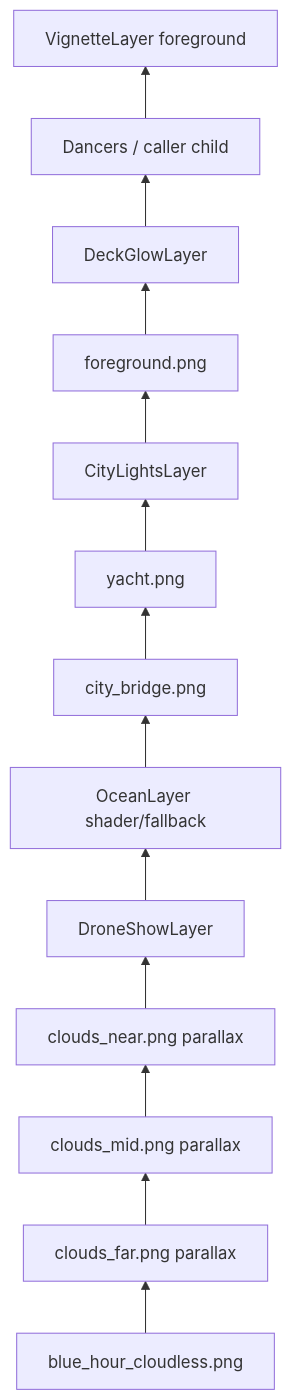
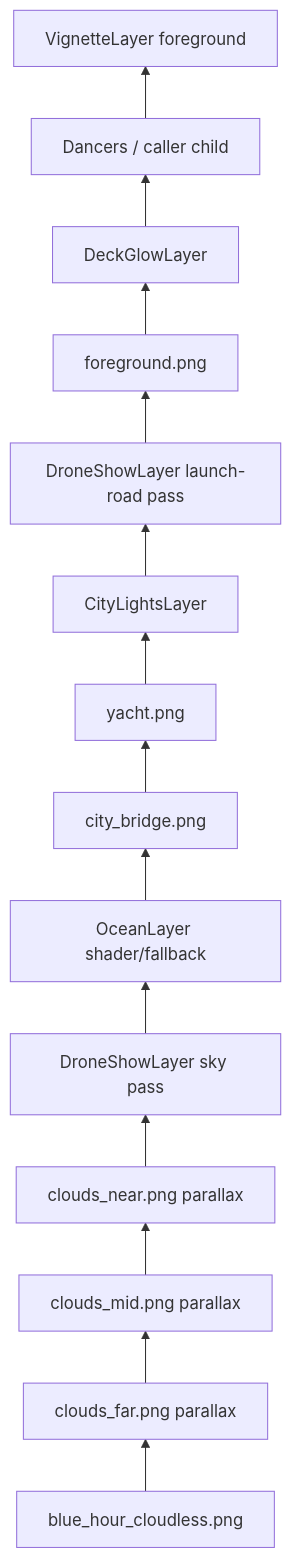
The second of 4 diagrams in lib/features/scenery/README.md (matthiasn/lotti), drawn with Mermaid before and after one commit. The commit also changed other lines of this file and 4 other files, not shown here.

Commit message:
polish(scenery): densify drone bridge launch

````diff
--- a/lib/features/scenery/README.md
+++ b/lib/features/scenery/README.md
@@ -46,18 +46,19 @@
 ```mermaid
 flowchart BT
   child[Dancers / caller child]
   vignette[VignetteLayer foreground]
   glow[DeckGlowLayer]
   fg[foreground.png]
   lights[CityLightsLayer]
+  launchDrones[DroneShowLayer launch-road pass]
   yacht[yacht.png]
   city[city_bridge.png]
   ocean[OceanLayer shader/fallback]
-  drones[DroneShowLayer]
+  skyDrones[DroneShowLayer sky pass]
   near[clouds_near.png parallax]
   mid[clouds_mid.png parallax]
   far[clouds_far.png parallax]
   base[blue_hour_cloudless.png]
 
-  base --> far --> mid --> near --> drones --> ocean --> city --> yacht --> lights --> fg --> glow --> child --> vignette
+  base --> far --> mid --> near --> skyDrones --> ocean --> city --> yacht --> lights --> launchDrones --> fg --> glow --> child --> vignette
 ```
````
